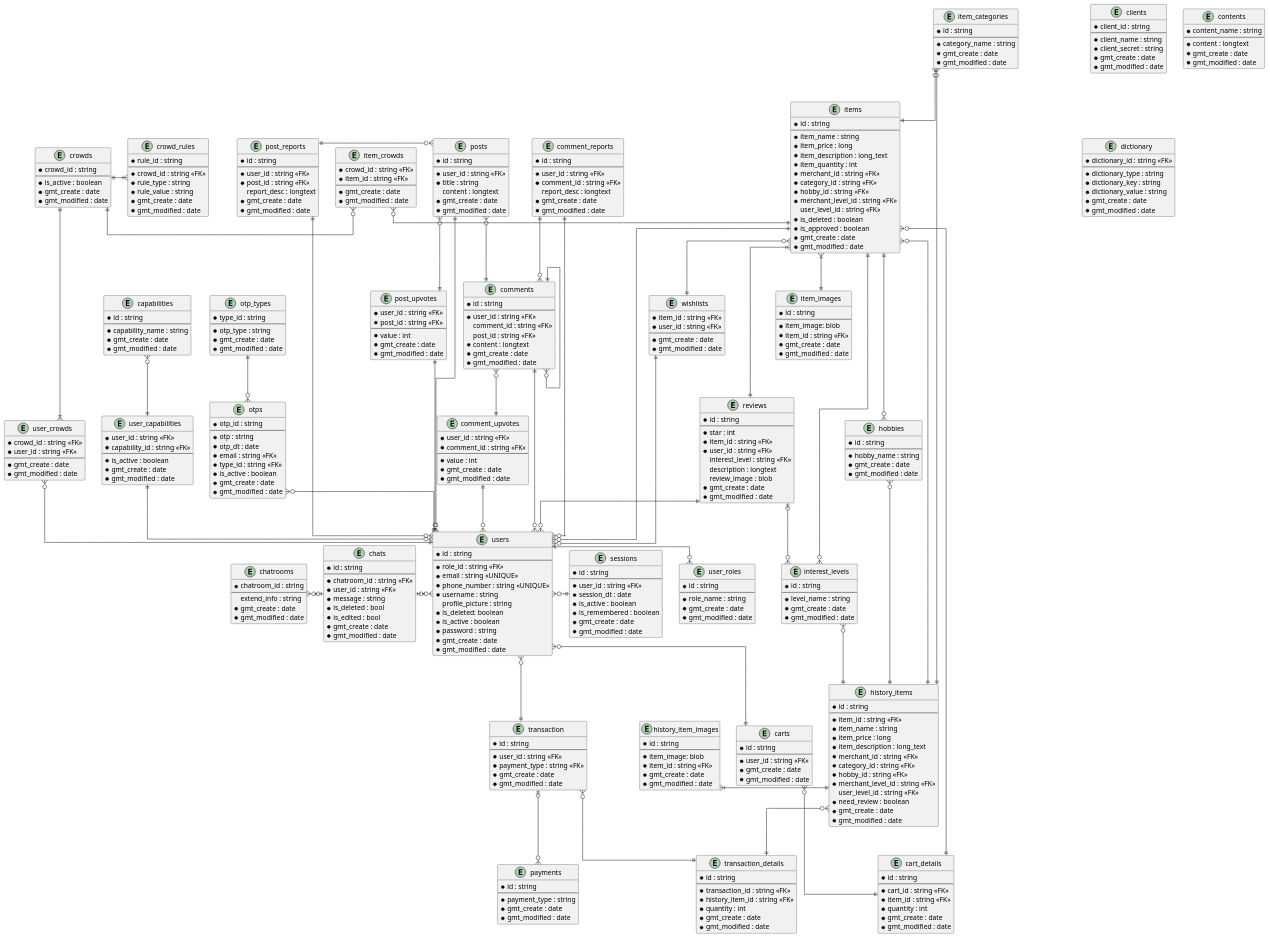
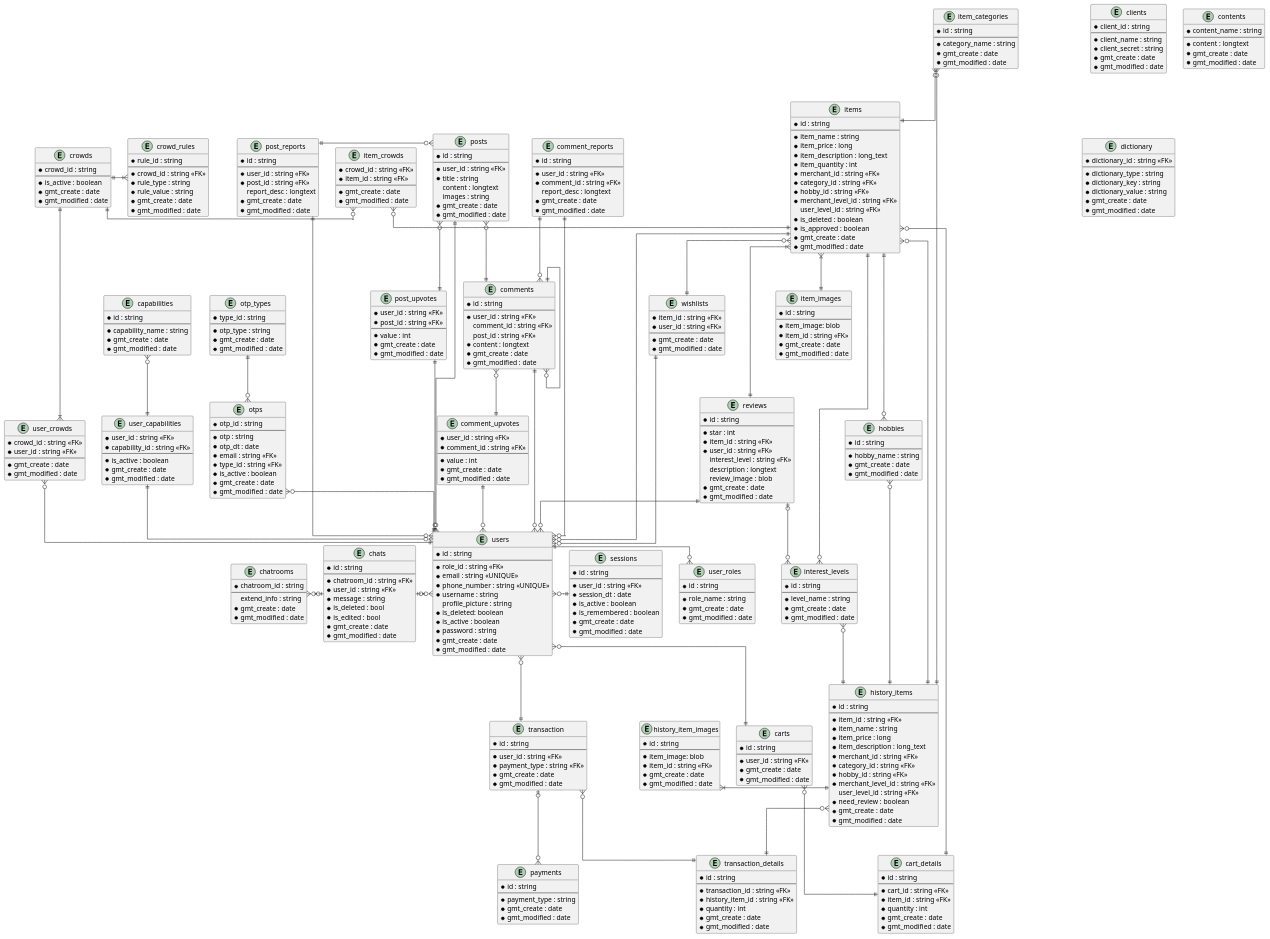
One commit to aldihsuhandi/skripsi-2023 changed the diagram in uml/ERD.pu. Above: the diagram before and after it, drawn with PlantUML. The commit also changed 1 other file, not shown here.

Commit message:
add images to post table

```diff
--- a/uml/ERD.pu
+++ b/uml/ERD.pu
@@ -209,6 +209,7 @@
     * user_id : string <<FK>>
     * title : string
       content : longtext
+      images : string
     * gmt_create : date
     * gmt_modified : date
 }
```
